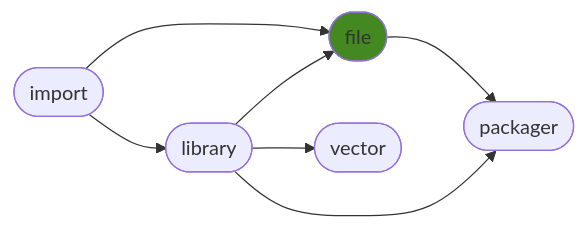
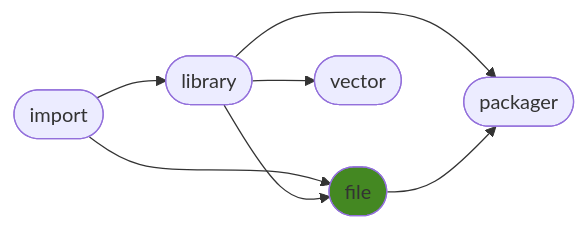
The diagram in README.md (ManderaGeneral/generalfile), drawn with Mermaid before and after one commit. The commit also changed other lines of this file, not shown here.

````diff
--- a/README.md
+++ b/README.md
@@ -24,15 +24,15 @@
 ```mermaid
 flowchart LR
+1([library]) --> 3([vector])
+1([library]) --> 4([packager])
 0([import]) --> 2([file])
+1([library]) --> 2([file])
 0([import]) --> 1([library])
 2([file]) --> 4([packager])
-1([library]) --> 4([packager])
-1([library]) --> 2([file])
-1([library]) --> 3([vector])
 click 0 "https://github.com/ManderaGeneral/generalimport"
 click 1 "https://github.com/ManderaGeneral/generallibrary"
 click 2 "https://github.com/ManderaGeneral/generalfile"
 click 3 "https://github.com/ManderaGeneral/generalvector"
 click 4 "https://github.com/ManderaGeneral/generalpackager"
 style 2 fill:#482
 ```
````
